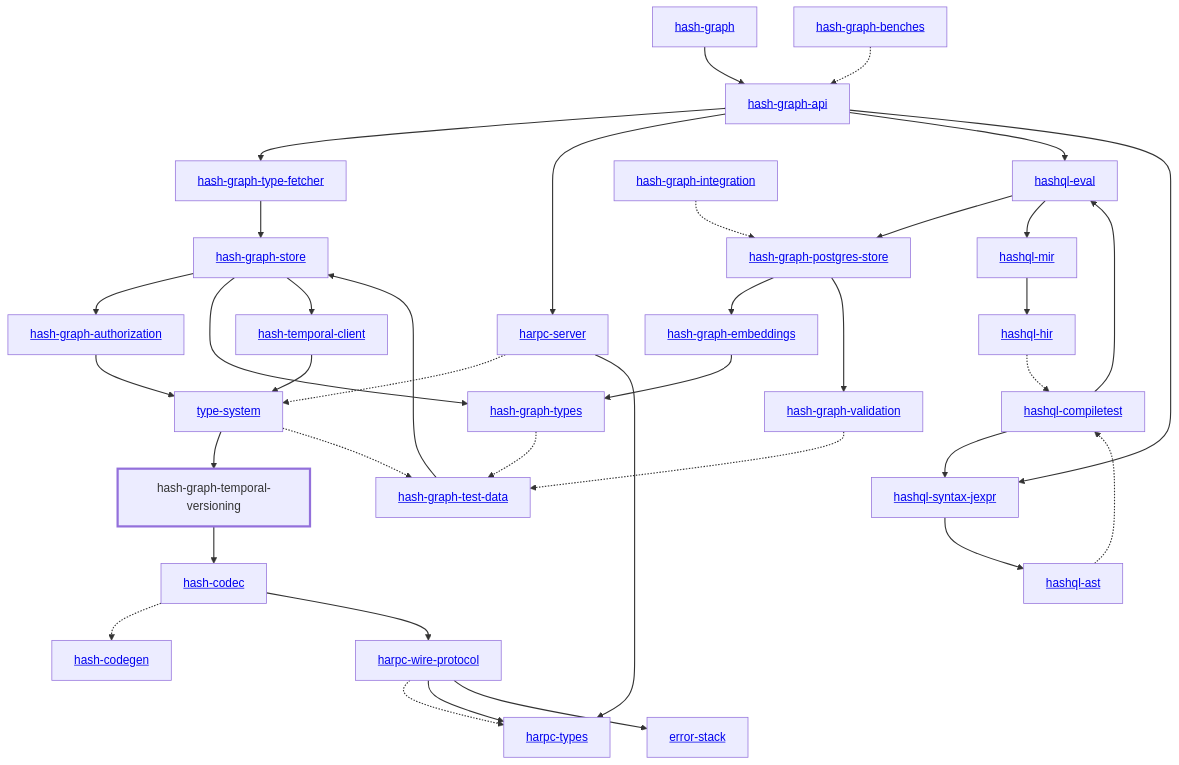
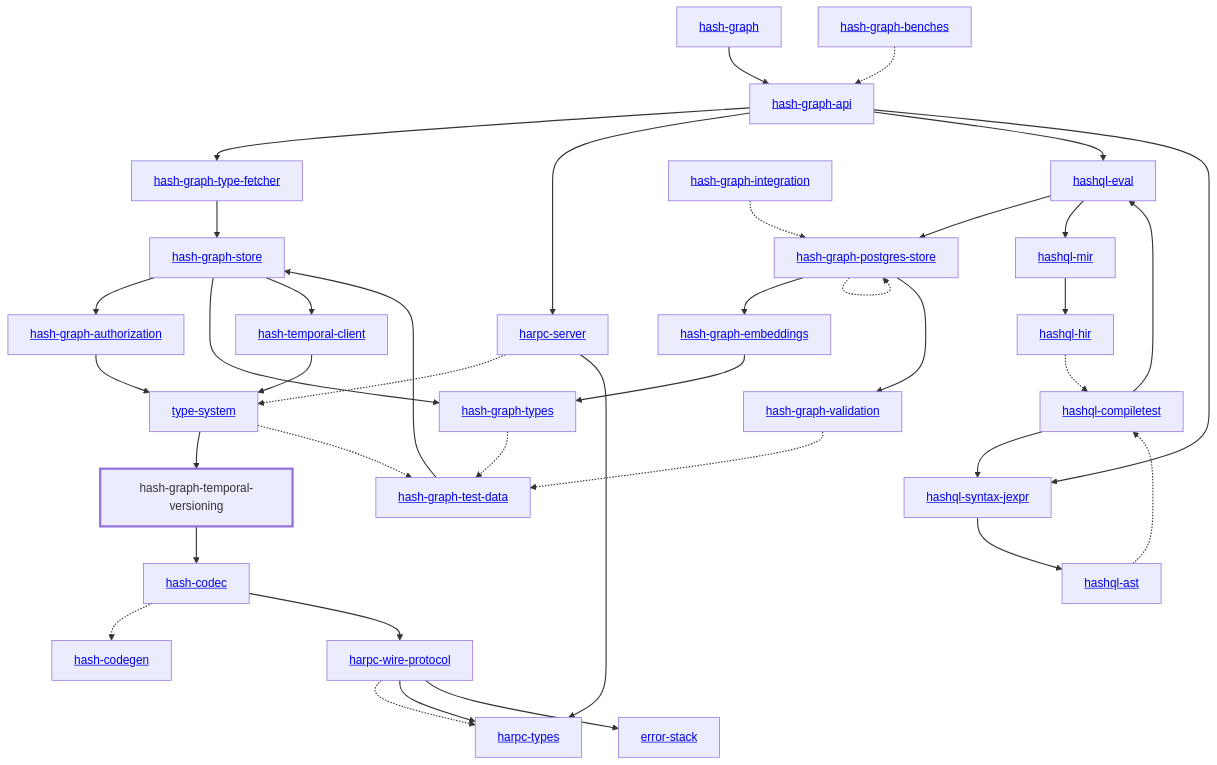
One commit to AKJUS/akin-hash changed the diagram in libs/@local/graph/temporal-versioning/docs/dependency-diagram.mmd. Above: the diagram before and after it, drawn with Mermaid. The commit also changed 93 other files, not shown here.

```diff
--- a/libs/@local/graph/temporal-versioning/docs/dependency-diagram.mmd
+++ b/libs/@local/graph/temporal-versioning/docs/dependency-diagram.mmd
@@ -1,75 +1,76 @@
 graph TD
     linkStyle default stroke-width:1.5px
     classDef default stroke-width:1px
     classDef root stroke-width:3px
     classDef dev stroke-width:1px
     classDef build stroke-width:1px
     %% Legend
     %% --> : Normal dependency
     %% -.-> : Dev dependency
     %% ---> : Build dependency
     0[<a href="../hash_graph/index.html">hash-graph</a>]
     1[<a href="../type_system/index.html">type-system</a>]
     2[<a href="../hash_codec/index.html">hash-codec</a>]
     3[<a href="../hash_codegen/index.html">hash-codegen</a>]
     4[<a href="../hash_graph_api/index.html">hash-graph-api</a>]
     5[<a href="../hash_graph_authorization/index.html">hash-graph-authorization</a>]
     6[<a href="../hash_graph_embeddings/index.html">hash-graph-embeddings</a>]
     7[<a href="../hash_graph_postgres_store/index.html">hash-graph-postgres-store</a>]
     8[<a href="../hash_graph_store/index.html">hash-graph-store</a>]
     9[hash-graph-temporal-versioning]
     class 9 root
     10[<a href="../hash_graph_type_fetcher/index.html">hash-graph-type-fetcher</a>]
     11[<a href="../hash_graph_types/index.html">hash-graph-types</a>]
     12[<a href="../hash_graph_validation/index.html">hash-graph-validation</a>]
     13[<a href="../harpc_server/index.html">harpc-server</a>]
     14[<a href="../harpc_types/index.html">harpc-types</a>]
     15[<a href="../harpc_wire_protocol/index.html">harpc-wire-protocol</a>]
     16[<a href="../hashql_ast/index.html">hashql-ast</a>]
     17[<a href="../hashql_compiletest/index.html">hashql-compiletest</a>]
     18[<a href="../hashql_eval/index.html">hashql-eval</a>]
     19[<a href="../hashql_hir/index.html">hashql-hir</a>]
     20[<a href="../hashql_mir/index.html">hashql-mir</a>]
     21[<a href="../hashql_syntax_jexpr/index.html">hashql-syntax-jexpr</a>]
     22[<a href="../hash_temporal_client/index.html">hash-temporal-client</a>]
     23[<a href="../error_stack/index.html">error-stack</a>]
     24[<a href="../hash_graph_benches/index.html">hash-graph-benches</a>]
     25[<a href="../hash_graph_integration/index.html">hash-graph-integration</a>]
     26[<a href="../hash_graph_test_data/index.html">hash-graph-test-data</a>]
     0 --> 4
     1 --> 9
     1 -.-> 26
     2 -.-> 3
     2 --> 15
     4 --> 10
     4 --> 13
     4 --> 18
     4 --> 21
     5 --> 1
     6 --> 11
     7 --> 6
+    7 -.-> 7
     7 --> 12
     8 --> 5
     8 --> 11
     8 --> 22
     9 --> 2
     10 --> 8
     11 -.-> 26
     12 -.-> 26
     13 -.-> 1
     13 --> 14
     15 -.-> 14
     15 --> 14
     15 --> 23
     16 -.-> 17
     17 --> 18
     17 --> 21
     18 --> 7
     18 --> 20
     19 -.-> 17
     20 --> 19
     21 --> 16
     22 --> 1
     24 -.-> 4
     25 -.-> 7
     26 --> 8
```
